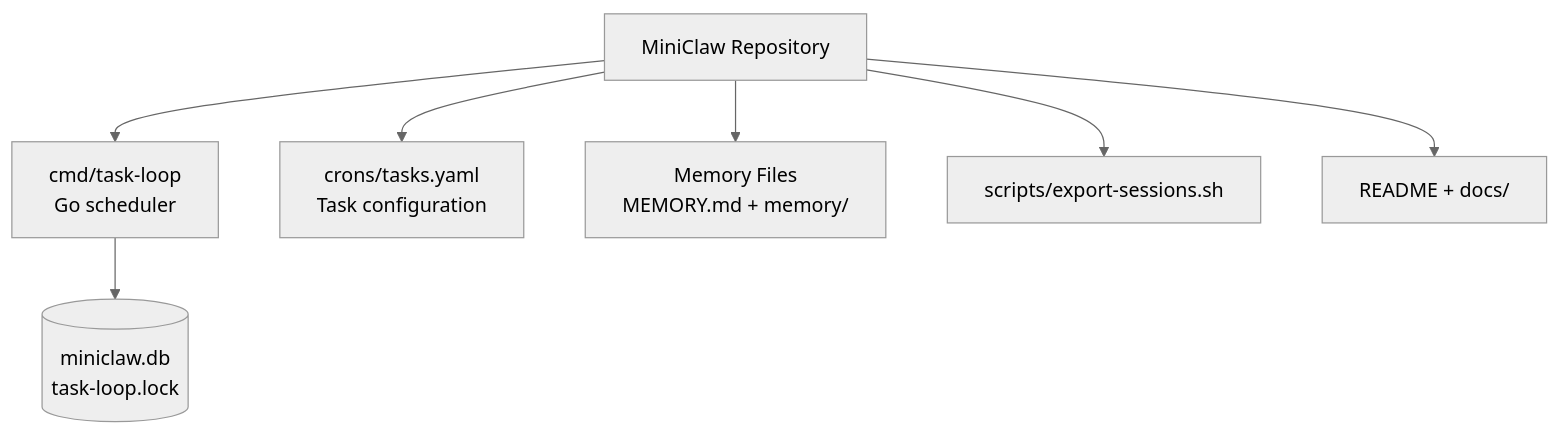
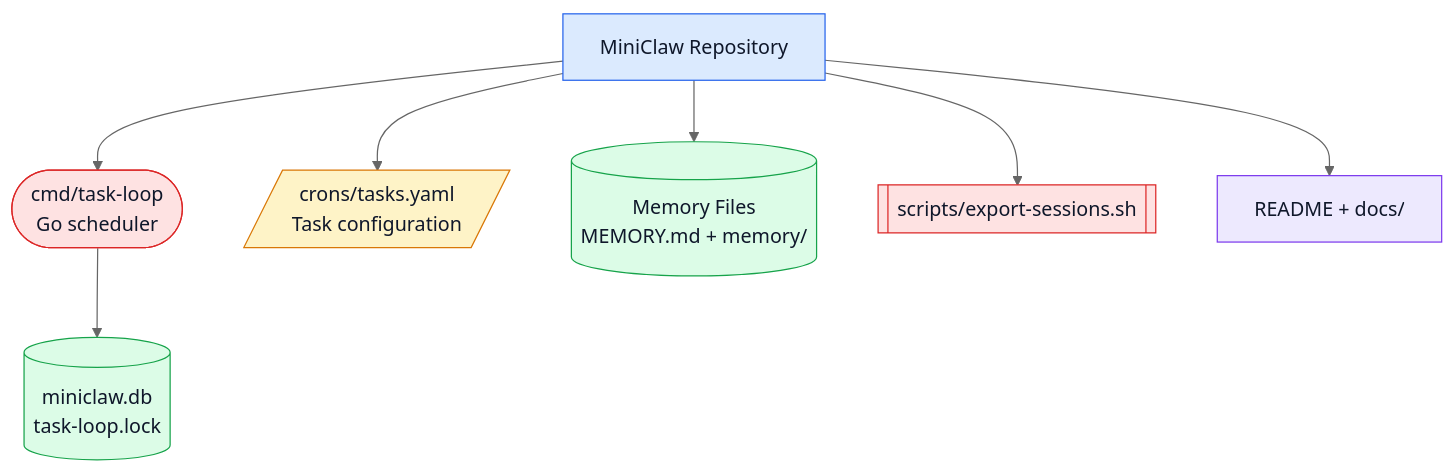
One commit to vii33/CodebaseExlorer changed the diagram in examples/diagrams/agentscheduler-package.mmd. Above: the diagram before and after it, drawn with Mermaid (neutral theme). The commit also changed 10 other files, not shown here.

```diff
--- a/examples/diagrams/agentscheduler-package.mmd
+++ b/examples/diagrams/agentscheduler-package.mmd
@@ -1,15 +1,27 @@
 flowchart TB
   repo[MiniClaw Repository]
-  scheduler[cmd/task-loop<br/>Go scheduler]
-  config[crons/tasks.yaml<br/>Task configuration]
-  memory[Memory Files<br/>MEMORY.md + memory/]
-  scripts[scripts/export-sessions.sh]
+  scheduler([cmd/task-loop<br/>Go scheduler])
+  config[/crons/tasks.yaml<br/>Task configuration/]
+  memory[(Memory Files<br/>MEMORY.md + memory/)]
+  scripts[[scripts/export-sessions.sh]]
   docs[README + docs/]
   runtime[(miniclaw.db<br/>task-loop.lock)]
 
   repo --> scheduler
   repo --> config
   repo --> memory
   repo --> scripts
   repo --> docs
   scheduler --> runtime
+
+  classDef source fill:#dbeafe,stroke:#2563eb,color:#0f172a
+  classDef runtime fill:#dcfce7,stroke:#16a34a,color:#0f172a
+  classDef config fill:#fef3c7,stroke:#d97706,color:#0f172a
+  classDef docs fill:#ede9fe,stroke:#7c3aed,color:#0f172a
+  classDef executable fill:#fee2e2,stroke:#dc2626,color:#0f172a
+
+  class repo source
+  class scheduler,scripts executable
+  class config config
+  class memory,runtime runtime
+  class docs docs
```
